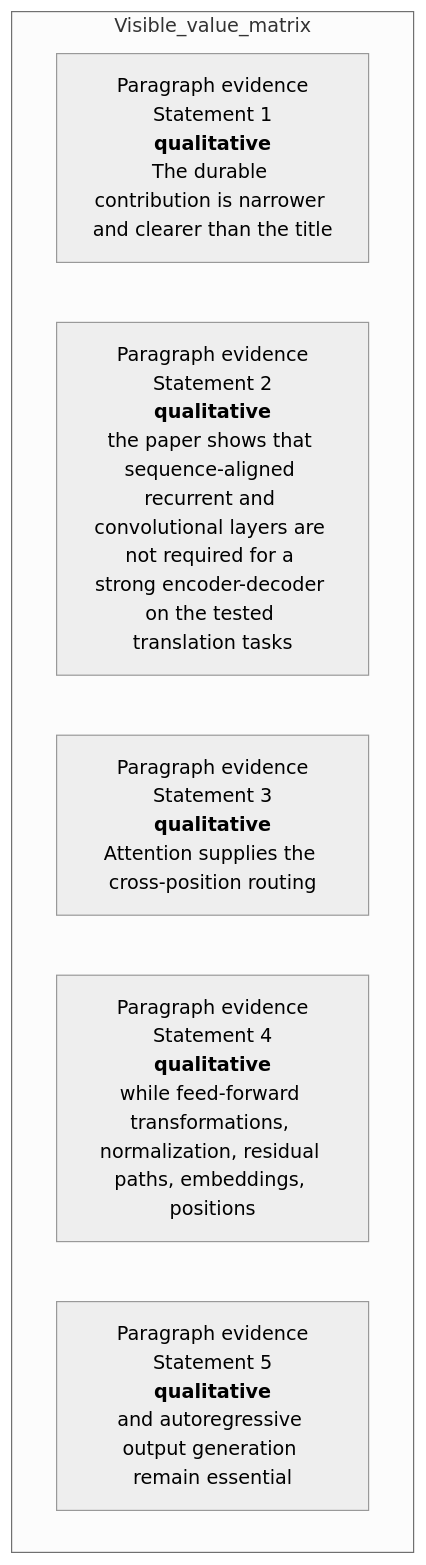
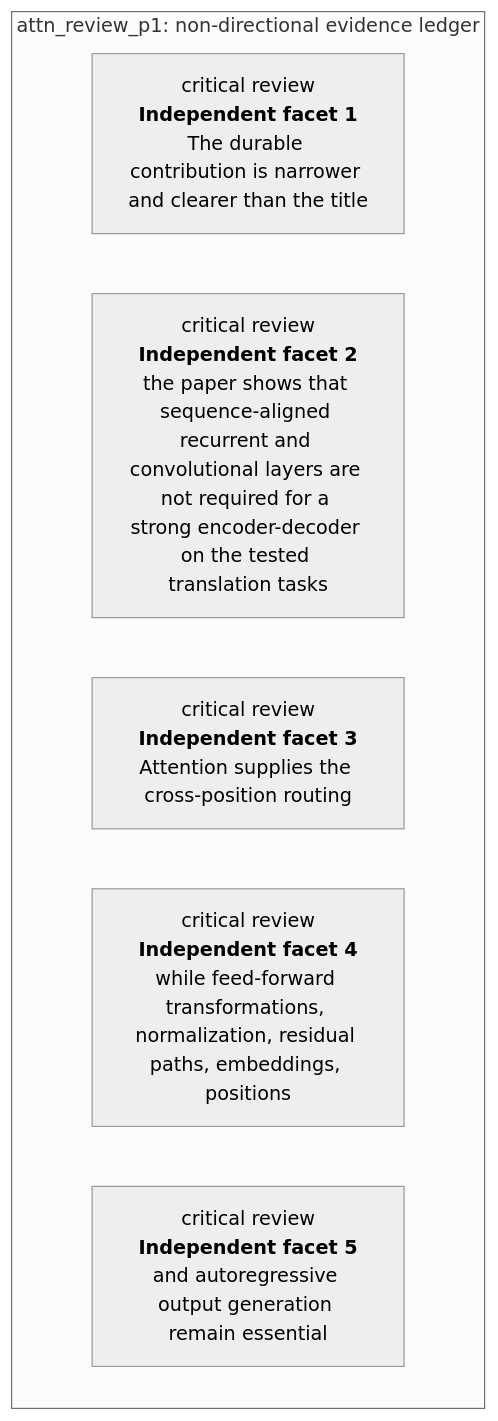
One commit to Betancourt1/paper_atlas changed diagram 47 of 54 in docs/visual-manifests/VISUAL_MANIFEST_ATTENTION_IS_ALL_YOU_NEED.md. Above: the diagram before and after it, drawn with Mermaid (neutral theme). The commit also changed other lines of this file and 7 other files, not shown here.

````diff
--- a/docs/visual-manifests/VISUAL_MANIFEST_ATTENTION_IS_ALL_YOU_NEED.md
+++ b/docs/visual-manifests/VISUAL_MANIFEST_ATTENTION_IS_ALL_YOU_NEED.md
@@ -3780,10 +3816,10 @@
 ```mermaid
 flowchart TB
-  subgraph Visible_value_matrix
-    r1["Paragraph evidence<br/>Statement 1<br/><b>qualitative</b><br/>The durable contribution is narrower and clearer than the title"]
-    r2["Paragraph evidence<br/>Statement 2<br/><b>qualitative</b><br/>the paper shows that sequence-aligned recurrent and convolutional layers are not required for a strong encoder-decoder on the tested translation tasks"]
-    r3["Paragraph evidence<br/>Statement 3<br/><b>qualitative</b><br/>Attention supplies the cross-position routing"]
-    r4["Paragraph evidence<br/>Statement 4<br/><b>qualitative</b><br/>while feed-forward transformations, normalization, residual paths, embeddings, positions"]
-    r5["Paragraph evidence<br/>Statement 5<br/><b>qualitative</b><br/>and autoregressive output generation remain essential"]
+  subgraph Ledger["attn_review_p1: non-directional evidence ledger"]
+    r1["critical review<br/><b>Independent facet 1</b><br/>The durable contribution is narrower and clearer than the title"]
+    r2["critical review<br/><b>Independent facet 2</b><br/>the paper shows that sequence-aligned recurrent and convolutional layers are not required for a strong encoder-decoder on the tested translation tasks"]
+    r3["critical review<br/><b>Independent facet 3</b><br/>Attention supplies the cross-position routing"]
+    r4["critical review<br/><b>Independent facet 4</b><br/>while feed-forward transformations, normalization, residual paths, embeddings, positions"]
+    r5["critical review<br/><b>Independent facet 5</b><br/>and autoregressive output generation remain essential"]
   end
 ```
````
